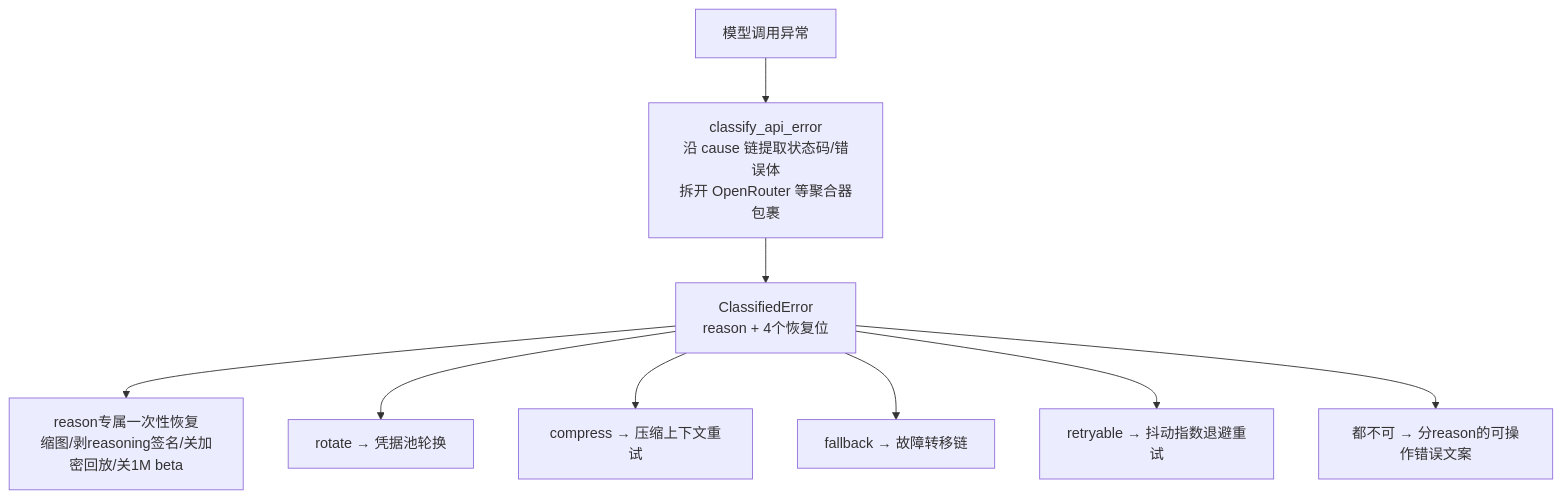
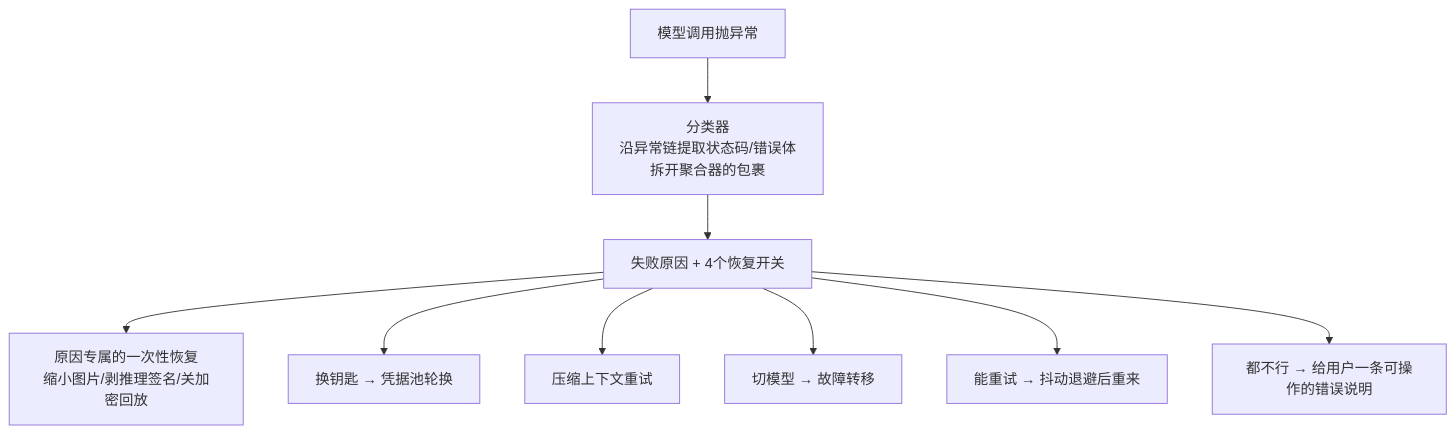
Before and after one commit to BillBeam/hermes-study: the fourth of 5 diagrams in chapters/r2-turn-loop-and-model-access.md, drawn with Mermaid. The commit also changed other lines of this file, not shown here.

````diff
--- a/chapters/r2-turn-loop-and-model-access.md
+++ b/chapters/r2-turn-loop-and-model-access.md
@@ -225,11 +291,11 @@
 ```mermaid
 flowchart TD
-    ERR[模型调用异常] --> CLS[classify_api_error<br/>沿 cause 链提取状态码/错误体<br/>拆开 OpenRouter 等聚合器包裹]
-    CLS --> R[ClassifiedError<br/>reason + 4个恢复位]
-    R --> A1[reason专属一次性恢复<br/>缩图/剥reasoning签名/关加密回放/关1M beta]
-    R --> A2[rotate → 凭据池轮换]
-    R --> A3[compress → 压缩上下文重试]
-    R --> A4[fallback → 故障转移链]
-    R --> A5[retryable → 抖动指数退避重试]
-    R --> A6[都不可 → 分reason的可操作错误文案]
+    ERR[模型调用抛异常] --> CLS[分类器<br/>沿异常链提取状态码/错误体<br/>拆开聚合器的包裹]
+    CLS --> R[失败原因 + 4个恢复开关]
+    R --> A1[原因专属的一次性恢复<br/>缩小图片/剥推理签名/关加密回放]
+    R --> A2[换钥匙 → 凭据池轮换]
+    R --> A3[压缩上下文重试]
+    R --> A4[切模型 → 故障转移]
+    R --> A5[能重试 → 抖动退避后重来]
+    R --> A6[都不行 → 给用户一条可操作的错误说明]
 ```
````
